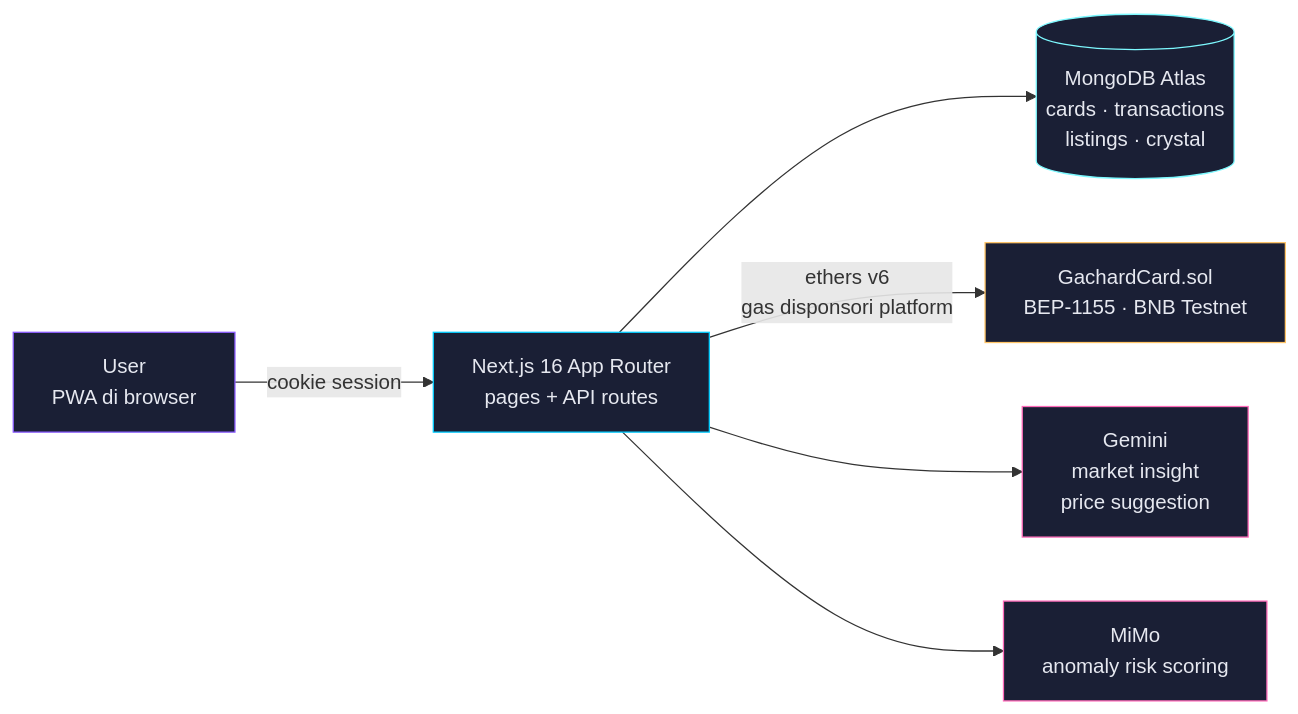
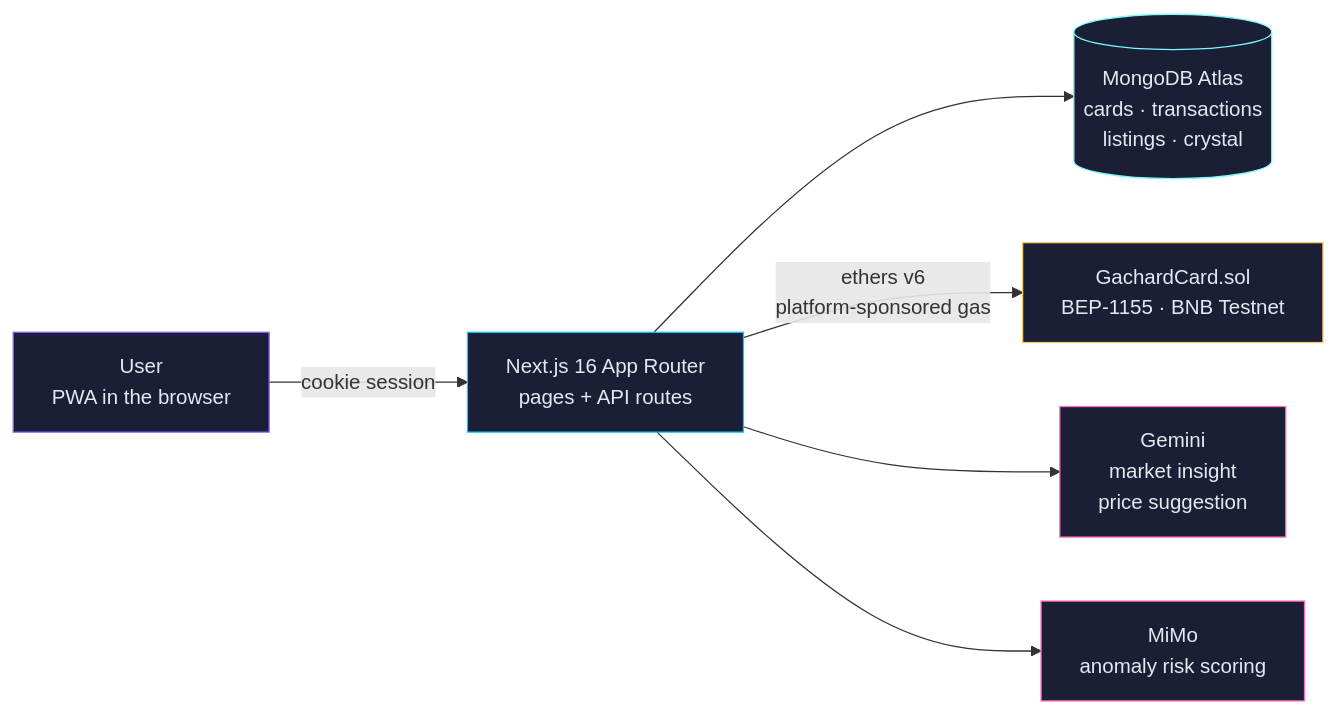
Before and after one commit to Gihasy/Gachard: the second of 4 diagrams in README.md, drawn with Mermaid. The commit also changed other lines of this file, not shown here.

````diff
--- a/README.md
+++ b/README.md
@@ -152,22 +152,22 @@
 ```mermaid
 flowchart LR
-    U["User<br/>PWA di browser"]
+    U["User<br/>PWA in the browser"]
     N["Next.js 16 App Router<br/>pages + API routes"]
     DB[("MongoDB Atlas<br/>cards · transactions<br/>listings · crystal")]
     BC["GachardCard.sol<br/>BEP-1155 · BNB Testnet"]
     G["Gemini<br/>market insight<br/>price suggestion"]
     MM["MiMo<br/>anomaly risk scoring"]
 
     U -->|"cookie session"| N
     N --> DB
-    N -->|"ethers v6<br/>gas disponsori platform"| BC
+    N -->|"ethers v6<br/>platform-sponsored gas"| BC
     N --> G
     N --> MM
 
     style U fill:#1a1f35,stroke:#8A5CFF,color:#E6E8F0
     style N fill:#1a1f35,stroke:#00CCFF,color:#E6E8F0
     style DB fill:#1a1f35,stroke:#7DF9FF,color:#E6E8F0
     style BC fill:#1a1f35,stroke:#FFC466,color:#E6E8F0
     style G fill:#1a1f35,stroke:#FF6BBA,color:#E6E8F0
     style MM fill:#1a1f35,stroke:#FF6BBA,color:#E6E8F0
 ```
````
